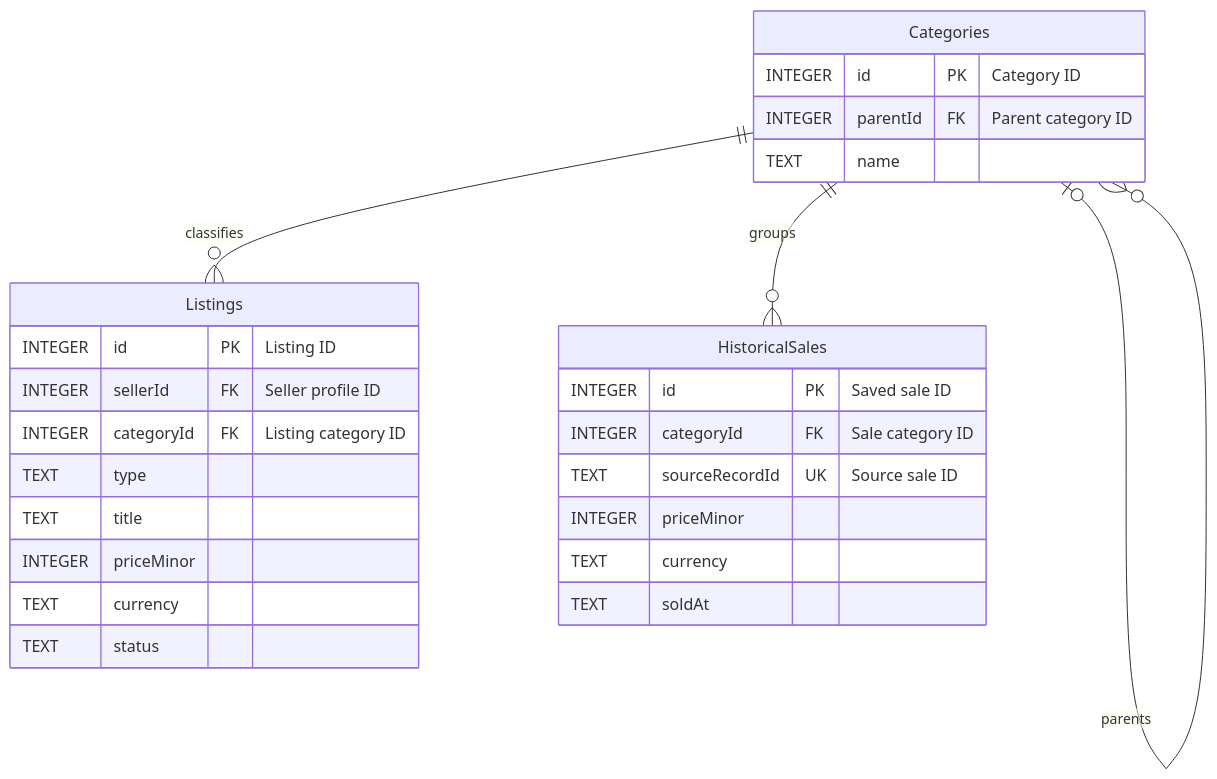
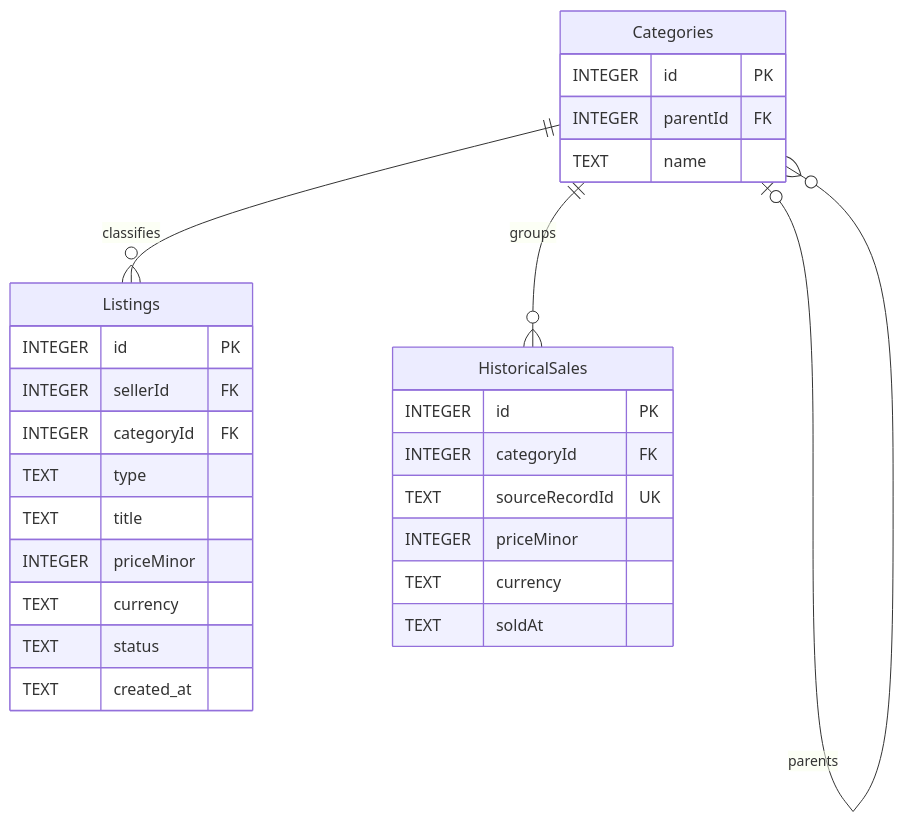
One commit to XionAce/cpe314-69323-capstone-team-01 changed the fourth of 5 diagrams in docs/design-document.md. Above: the diagram before and after it, drawn with Mermaid. The commit also changed other lines of this file and 9 other files, not shown here.

````diff
--- a/docs/design-document.md
+++ b/docs/design-document.md
@@ -306,29 +370,30 @@
 ```mermaid
 erDiagram
     Categories {
-        INTEGER id PK "Category ID"
-        INTEGER parentId FK "Parent category ID"
+        INTEGER id PK
+        INTEGER parentId FK
         TEXT name
     }
     Listings {
-        INTEGER id PK "Listing ID"
-        INTEGER sellerId FK "Seller profile ID"
-        INTEGER categoryId FK "Listing category ID"
+        INTEGER id PK
+        INTEGER sellerId FK
+        INTEGER categoryId FK
         TEXT type
         TEXT title
         INTEGER priceMinor
         TEXT currency
         TEXT status
+        TEXT created_at
     }
     HistoricalSales {
-        INTEGER id PK "Saved sale ID"
-        INTEGER categoryId FK "Sale category ID"
-        TEXT sourceRecordId UK "Source sale ID"
+        INTEGER id PK
+        INTEGER categoryId FK
+        TEXT sourceRecordId UK
         INTEGER priceMinor
         TEXT currency
         TEXT soldAt
     }
     Categories o|--o{ Categories : parents
     Categories ||--o{ Listings : classifies
     Categories ||--o{ HistoricalSales : groups
 ```
````
